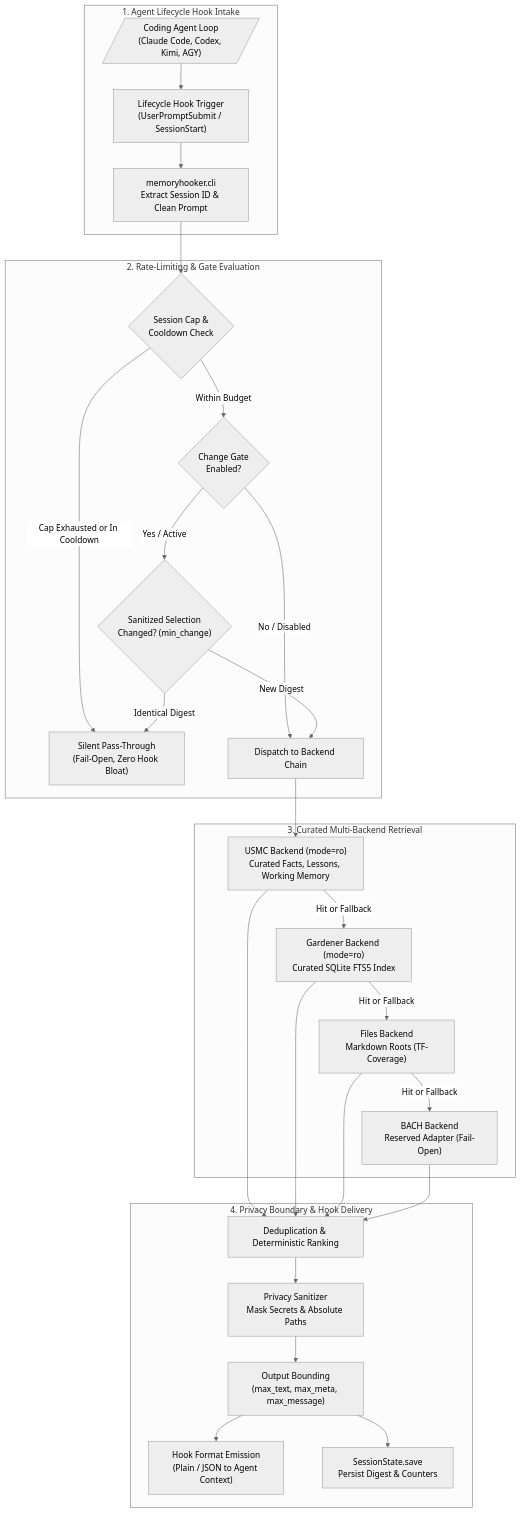
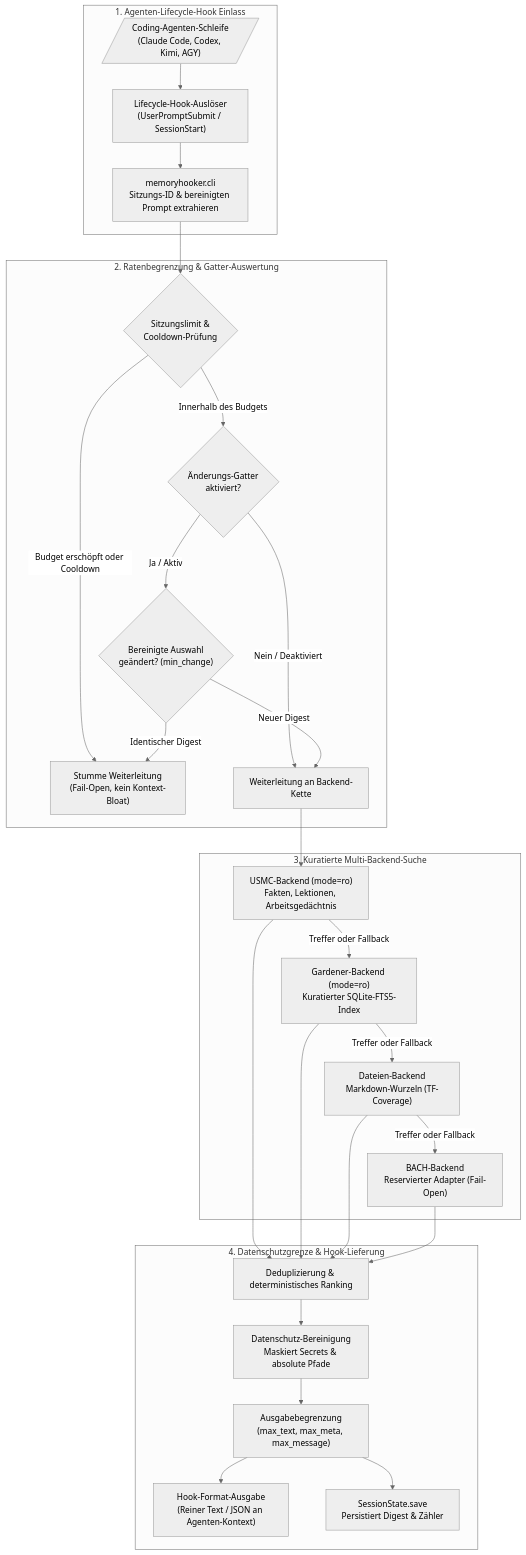
The first of 2 diagrams in README_de.md (ellmos-ai/memoryhooker), drawn with Mermaid (neutral theme) before and after one commit. The commit also changed other lines of this file and 8 other files, not shown here.

Commit message:
feat(marketing): Pfad B visual architecture, ASCII four-view topology & Level 1 SBOM re-audit [G 2026-10-01]

````diff
--- a/README_de.md
+++ b/README_de.md
@@ -99,32 +116,32 @@
 ```mermaid
 flowchart TD
-    subgraph INTAKE ["1. Agent Lifecycle Hook Intake"]
-        AG[/"Coding Agent Loop<br/>(Claude Code, Codex, Kimi, AGY)"/] --> EVT["Lifecycle Hook Trigger<br/>(UserPromptSubmit / SessionStart)"]
-        EVT --> EXTR["memoryhooker.cli<br/>Extract Session ID & Clean Prompt"]
+    subgraph INTAKE ["1. Agenten-Lifecycle-Hook Einlass"]
+        AG[/"Coding-Agenten-Schleife<br/>(Claude Code, Codex, Kimi, AGY)"/] --> EVT["Lifecycle-Hook-Auslöser<br/>(UserPromptSubmit / SessionStart)"]
+        EVT --> EXTR["memoryhooker.cli<br/>Sitzungs-ID & bereinigten Prompt extrahieren"]
     end
 
-    subgraph GATING ["2. Rate-Limiting & Gate Evaluation"]
-        EXTR --> SESS{"Session Cap &<br/>Cooldown Check"}
-        SESS -->|Cap Exhausted or In Cooldown| SILENT["Silent Pass-Through<br/>(Fail-Open, Zero Hook Bloat)"]
-        SESS -->|Within Budget| GATE{"Change Gate<br/>Enabled?"}
-        GATE -->|No / Disabled| RETR["Dispatch to Backend Chain"]
-        GATE -->|Yes / Active| CHK{"Sanitized Selection<br/>Changed? (min_change)"}
-        CHK -->|Identical Digest| SILENT
-        CHK -->|New Digest| RETR
+    subgraph GATING ["2. Ratenbegrenzung & Gatter-Auswertung"]
+        EXTR --> SESS{"Sitzungslimit &<br/>Cooldown-Prüfung"}
+        SESS -->|Budget erschöpft oder Cooldown| SILENT["Stumme Weiterleitung<br/>(Fail-Open, kein Kontext-Bloat)"]
+        SESS -->|Innerhalb des Budgets| GATE{"Änderungs-Gatter<br/>aktiviert?"}
+        GATE -->|Nein / Deaktiviert| RETR["Weiterleitung an Backend-Kette"]
+        GATE -->|Ja / Aktiv| CHK{"Bereinigte Auswahl<br/>geändert? (min_change)"}
+        CHK -->|Identischer Digest| SILENT
+        CHK -->|Neuer Digest| RETR
     end
 
-    subgraph RETRIEVAL ["3. Curated Multi-Backend Retrieval"]
-        RETR --> B1["USMC Backend (mode=ro)<br/>Curated Facts, Lessons, Working Memory"]
-        B1 -->|Hit or Fallback| B2["Gardener Backend (mode=ro)<br/>Curated SQLite FTS5 Index"]
-        B2 -->|Hit or Fallback| B3["Files Backend<br/>Markdown Roots (TF-Coverage)"]
-        B3 -->|Hit or Fallback| B4["BACH Backend<br/>Reserved Adapter (Fail-Open)"]
+    subgraph RETRIEVAL ["3. Kuratierte Multi-Backend-Suche"]
+        RETR --> B1["USMC-Backend (mode=ro)<br/>Fakten, Lektionen, Arbeitsgedächtnis"]
+        B1 -->|Treffer oder Fallback| B2["Gardener-Backend (mode=ro)<br/>Kuratierter SQLite-FTS5-Index"]
+        B2 -->|Treffer oder Fallback| B3["Dateien-Backend<br/>Markdown-Wurzeln (TF-Coverage)"]
+        B3 -->|Treffer oder Fallback| B4["BACH-Backend<br/>Reservierter Adapter (Fail-Open)"]
     end
 
-    subgraph SANITIZE ["4. Privacy Boundary & Hook Delivery"]
-        B1 & B2 & B3 & B4 --> DEDUP["Deduplication & Deterministic Ranking"]
-        DEDUP --> REDACT["Privacy Sanitizer<br/>Mask Secrets & Absolute Paths"]
-        REDACT --> BOUND["Output Bounding<br/>(max_text, max_meta, max_message)"]
-        BOUND --> INJECT["Hook Format Emission<br/>(Plain / JSON to Agent Context)"]
-        BOUND --> STATE["SessionState.save<br/>Persist Digest & Counters"]
+    subgraph SANITIZE ["4. Datenschutzgrenze & Hook-Lieferung"]
+        B1 & B2 & B3 & B4 --> DEDUP["Deduplizierung & deterministisches Ranking"]
+        DEDUP --> REDACT["Datenschutz-Bereinigung<br/>Maskiert Secrets & absolute Pfade"]
+        REDACT --> BOUND["Ausgabebegrenzung<br/>(max_text, max_meta, max_message)"]
+        BOUND --> INJECT["Hook-Format-Ausgabe<br/>(Reiner Text / JSON an Agenten-Kontext)"]
+        BOUND --> STATE["SessionState.save<br/>Persistiert Digest & Zähler"]
     end
 ```
````
